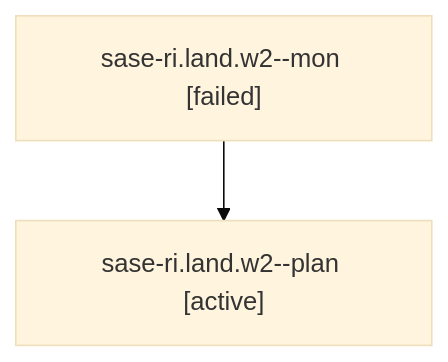
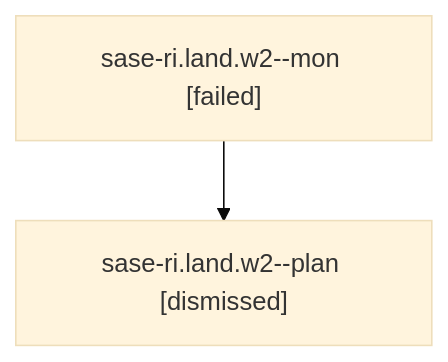
One commit to sase-org/sase--agents changed the diagram in sessions/bbugyi200.athena.sase-ri.land.w2.md. Above: the diagram before and after it, drawn with Mermaid (base theme). The commit also changed other lines of this file and 159 other files, not shown here.

````diff
--- a/sessions/bbugyi200.athena.sase-ri.land.w2.md
+++ b/sessions/bbugyi200.athena.sase-ri.land.w2.md
@@ -9,6 +9,6 @@
 ```mermaid
 flowchart TD
   n0["sase-ri.land.w2--mon [failed]"]
-  n1["sase-ri.land.w2--plan [active]"]
+  n1["sase-ri.land.w2--plan [dismissed]"]
   n0 --> n1
 ```
````
